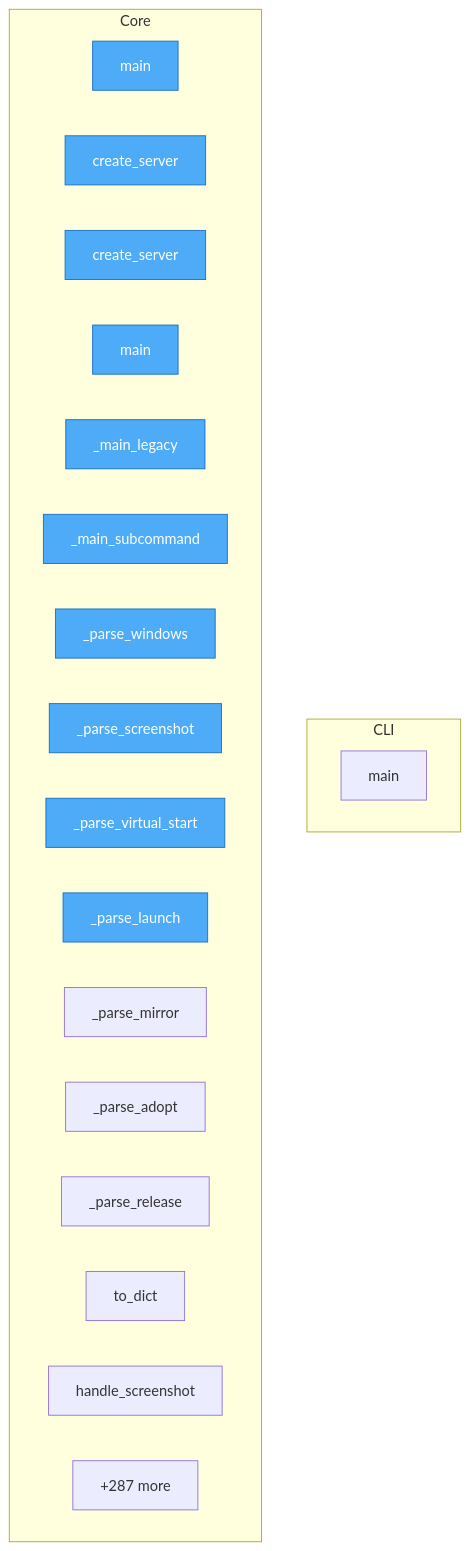
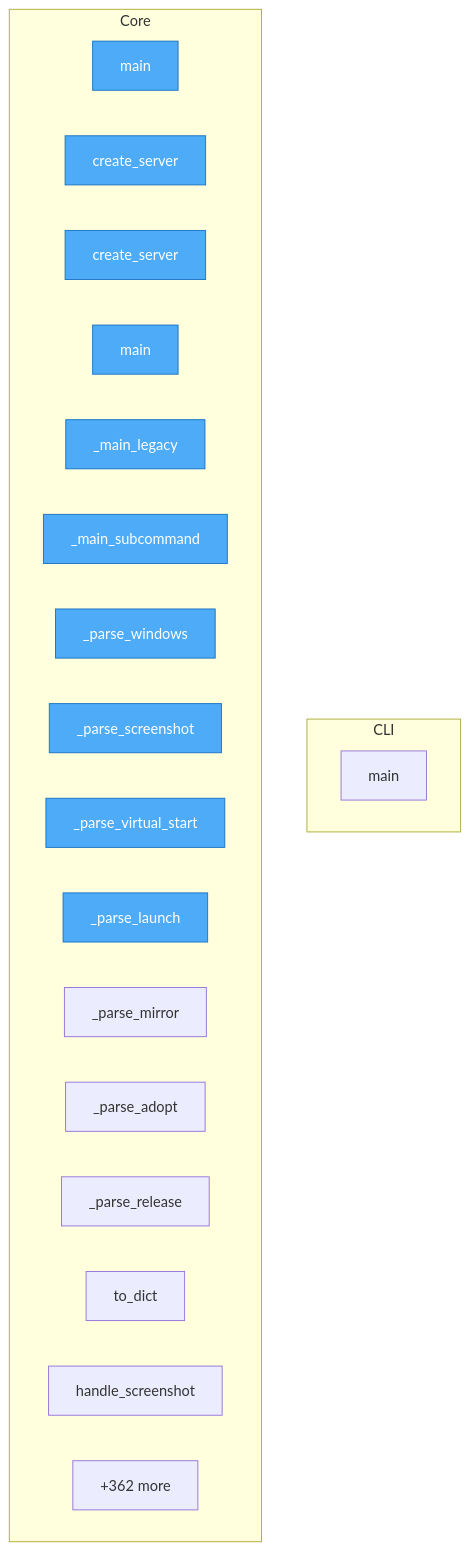
Before and after one commit to wronai/vdisplay: the diagram in project/flow.mmd, drawn with Mermaid. The commit also changed 74 other files, not shown here.

```diff
--- a/project/flow.mmd
+++ b/project/flow.mmd
@@ -1,30 +1,30 @@
 flowchart TD
 %% generated in 0.02s
 
     %% Entry points (blue)
     classDef entry fill:#4dabf7,stroke:#1971c2,color:#fff
 
     subgraph CLI
         packages__cli2vdisplay__src__cli2vdisplay__cli__main["main"]
     end
 
     subgraph Core
         packages__mcp2vdisplay__src__mcp2vdisplay__cli__main["main"]
         packages__mcp2vdisplay__src__mcp2vdisplay__cli__create_server["create_server"]
         packages__mcp2vdisplay__src__mcp2vdisplay__server__create_server["create_server"]
         packages__dsl2vdisplay__src__dsl2vdisplay__cli__main["main"]
         packages__dsl2vdisplay__src__dsl2vdisplay__cli___main_legacy["_main_legacy"]
         packages__dsl2vdisplay__src__dsl2vdisplay__cli___main_subcommand["_main_subcommand"]
         packages__dsl2vdisplay__src__dsl2vdisplay__grammar___parse_windows["_parse_windows"]
         packages__dsl2vdisplay__src__dsl2vdisplay__grammar___parse_screenshot["_parse_screenshot"]
         packages__dsl2vdisplay__src__dsl2vdisplay__grammar___parse_virtual_start["_parse_virtual_start"]
         packages__dsl2vdisplay__src__dsl2vdisplay__grammar___parse_launch["_parse_launch"]
         packages__dsl2vdisplay__src__dsl2vdisplay__grammar___parse_mirror["_parse_mirror"]
         packages__dsl2vdisplay__src__dsl2vdisplay__grammar___parse_adopt["_parse_adopt"]
         packages__dsl2vdisplay__src__dsl2vdisplay__grammar___parse_release["_parse_release"]
         packages__dsl2vdisplay__src__dsl2vdisplay__result__DslResult__to_dict["to_dict"]
         packages__dsl2vdisplay__src__dsl2vdisplay__handlers__command__handle_screenshot["handle_screenshot"]
-        ...["+287 more"]
+        ...["+362 more"]
     end
 
     class packages__mcp2vdisplay__src__mcp2vdisplay__cli__main,packages__mcp2vdisplay__src__mcp2vdisplay__cli__create_server,packages__mcp2vdisplay__src__mcp2vdisplay__server__create_server,packages__dsl2vdisplay__src__dsl2vdisplay__cli__main,packages__dsl2vdisplay__src__dsl2vdisplay__cli___main_legacy,packages__dsl2vdisplay__src__dsl2vdisplay__cli___main_subcommand,packages__dsl2vdisplay__src__dsl2vdisplay__grammar___parse_windows,packages__dsl2vdisplay__src__dsl2vdisplay__grammar___parse_screenshot,packages__dsl2vdisplay__src__dsl2vdisplay__grammar___parse_virtual_start,packages__dsl2vdisplay__src__dsl2vdisplay__grammar___parse_launch entry
```
